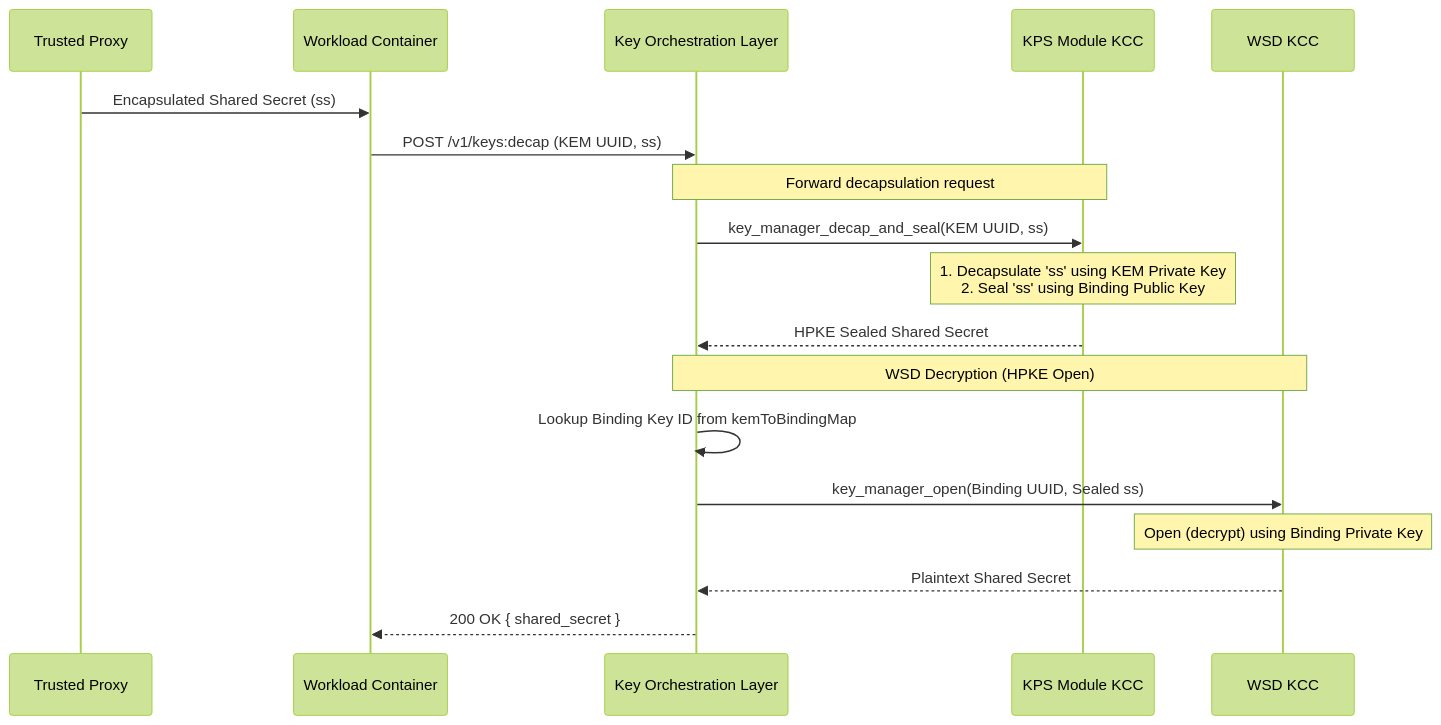
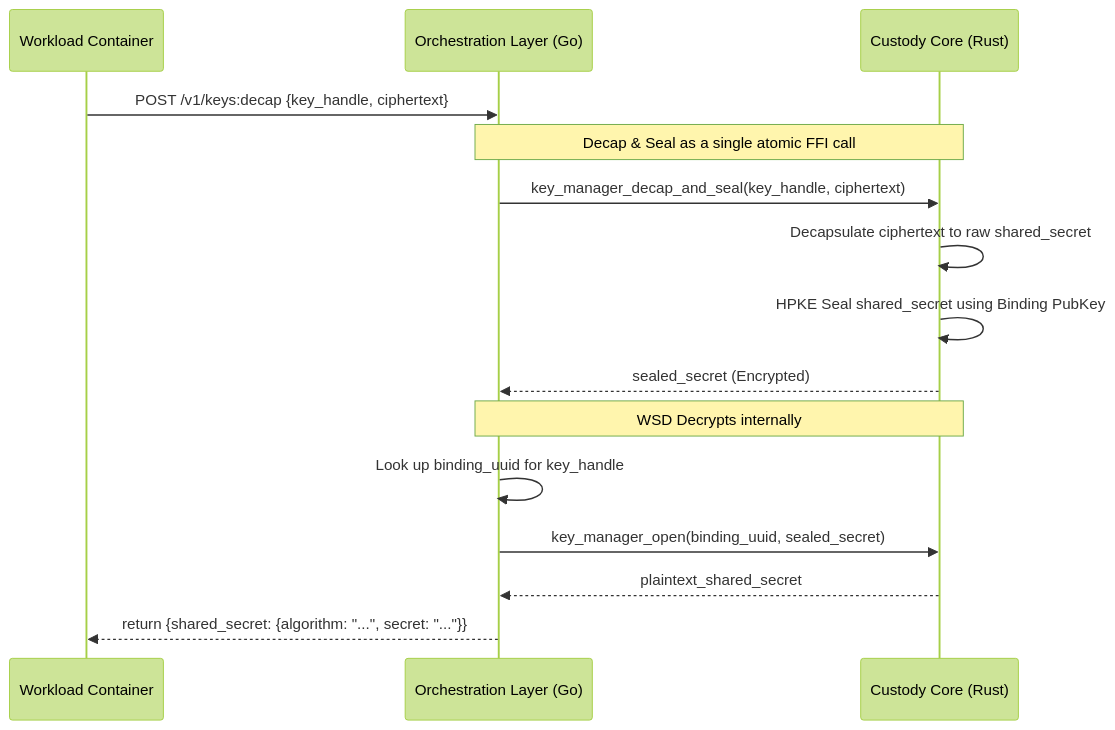
One commit to google/go-tpm-tools changed the fourth of 5 diagrams in keymanager/README.md. Above: the diagram before and after it, drawn with Mermaid (forest theme). The commit also changed other lines of this file, not shown here.

Commit message:
update details

````diff
--- a/keymanager/README.md
+++ b/keymanager/README.md
@@ -126,26 +126,23 @@
 ```mermaid
 sequenceDiagram
-    participant TP as Trusted Proxy
-    participant WC as Workload Container
-    participant KOL as Key Orchestration Layer
-    participant KPS_KCC as KPS Module KCC
-    participant WSD_KCC as WSD KCC
-
-    TP->>WC: Encapsulated Shared Secret (ss)
-    WC->>KOL: POST /v1/keys:decap (KEM UUID, ss)
-
-    Note over KOL, KPS_KCC: Forward decapsulation request
-    KOL->>KPS_KCC: key_manager_decap_and_seal(KEM UUID, ss)
-
-    Note over KPS_KCC: 1. Decapsulate 'ss' using KEM Private Key<br/>2. Seal 'ss' using Binding Public Key
-    KPS_KCC-->>KOL: HPKE Sealed Shared Secret
-
-    Note over KOL, WSD_KCC: WSD Decryption (HPKE Open)
-    KOL->>KOL: Lookup Binding Key ID from kemToBindingMap
-    KOL->>WSD_KCC: key_manager_open(Binding UUID, Sealed ss)
-
-    Note over WSD_KCC: Open (decrypt) using Binding Private Key
-    WSD_KCC-->>KOL: Plaintext Shared Secret
-
-    KOL-->>WC: 200 OK { shared_secret }
+    participant W as Workload Container
+    participant KOL as Orchestration Layer (Go)
+    participant KCC as Custody Core (Rust)
+    
+    W->>KOL: POST /v1/keys:decap {key_handle, ciphertext}
+    
+    Note over KOL,KCC: Decap & Seal as a single atomic FFI call
+    KOL->>KCC: key_manager_decap_and_seal(key_handle, ciphertext)
+    
+    KCC->>KCC: Decapsulate ciphertext to raw shared_secret
+    KCC->>KCC: HPKE Seal shared_secret using Binding PubKey
+    
+    KCC-->>KOL: sealed_secret (Encrypted)
+    
+    Note over KOL,KCC: WSD Decrypts internally
+    KOL->>KOL: Look up binding_uuid for key_handle
+    KOL->>KCC: key_manager_open(binding_uuid, sealed_secret)
+    KCC-->>KOL: plaintext_shared_secret
+    
+    KOL-->>W: return {shared_secret: {algorithm: "...", secret: "..."}}
 ```
````
